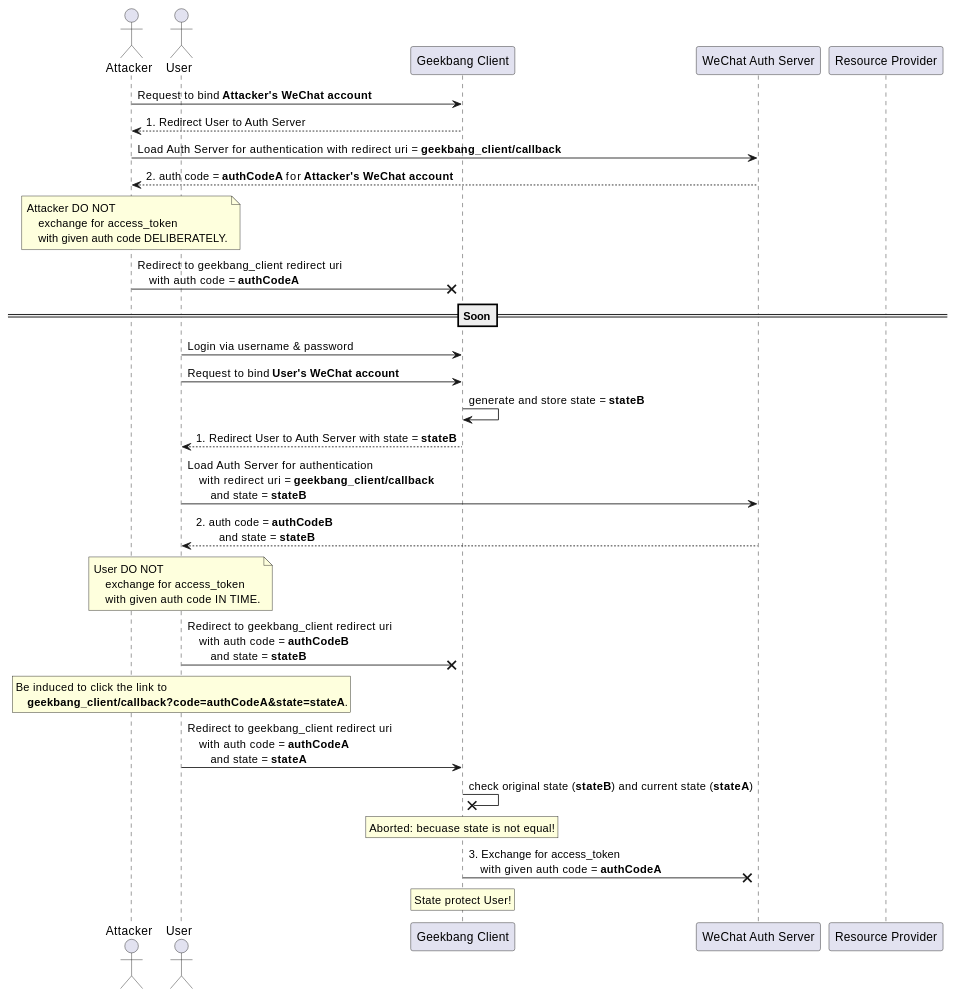
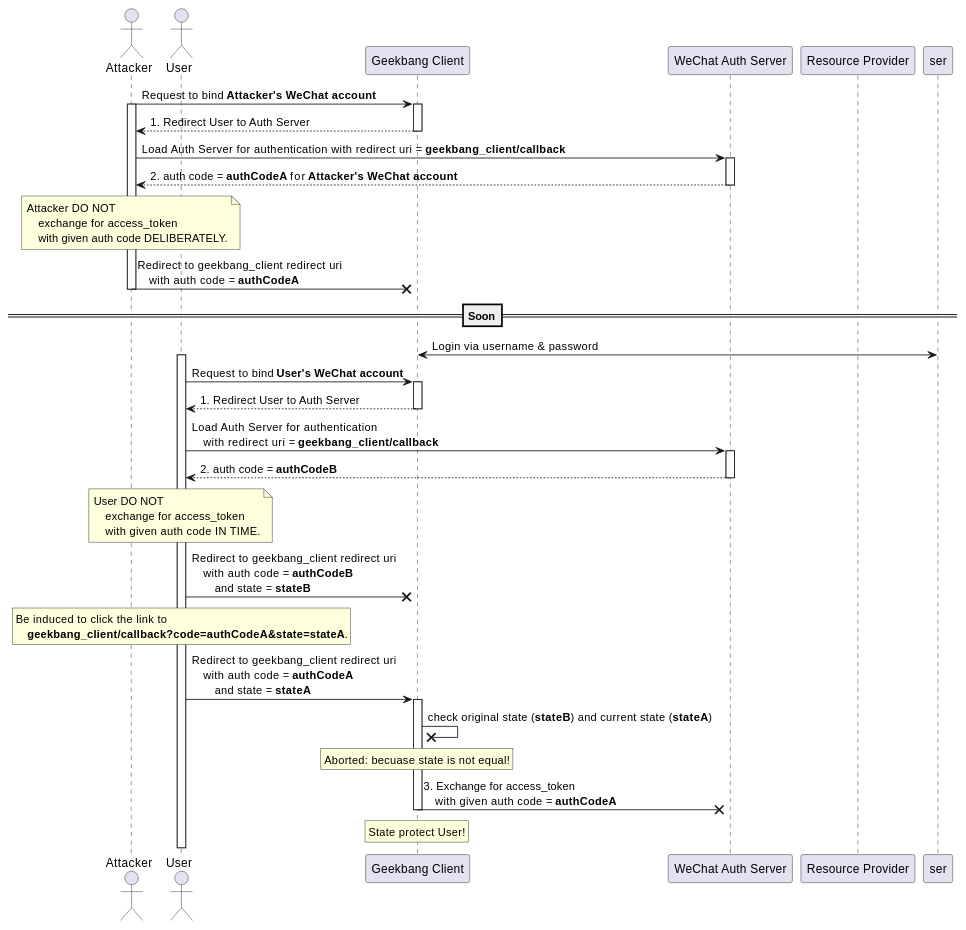
One commit to IceHe/lib changed the second of 2 diagrams in auth/csrf-attack-on-oauth.md. Above: the diagram before and after it, drawn with PlantUML. The commit also changed other lines of this file and 1 other file, not shown here.

````diff
--- a/auth/csrf-attack-on-oauth.md
+++ b/auth/csrf-attack-on-oauth.md
@@ -84,64 +110,75 @@
 ```plantuml
 @startuml
 actor attacker as "Attacker"
 actor user as "User"
 
 participant geekbang_client as "Geekbang Client"
 
 participant auth_serv as "WeChat Auth Server"
 participant protected_res as "Resource Provider"
 
 attacker -> geekbang_client: Request to bind **Attacker's WeChat account**
+activate attacker
+activate geekbang_client
 attacker <-- geekbang_client: 1. Redirect User to Auth Server
+deactivate geekbang_client
 
 attacker -> auth_serv: Load Auth Server for authentication with redirect uri = **geekbang_client/callback**
+activate auth_serv
 attacker <-- auth_serv: 2. auth code = **authCodeA** for **Attacker's WeChat account**
+deactivate auth_serv
 
 note over attacker
     Attacker DO NOT
         exchange for access_token
         with given auth code DELIBERATELY.
 endrnote
 
 attacker -x geekbang_client: Redirect to geekbang_client redirect uri \n    with auth code = **authCodeA**
+deactivate attacker
 
 ==Soon==
 
-user -> geekbang_client: Login via username & password
+ser <-> geekbang_client: Login via username & password
+activate user
+user -> geekbang_client: Request to bind **User's WeChat account**
+activate geekbang_client
+user <-- geekbang_client: 1. Redirect User to Auth Server
+deactivate geekbang_client
 
-user -> geekbang_client: Request to bind **User's WeChat account**
-geekbang_client -> geekbang_client: generate and store state = **stateB**
-user <-- geekbang_client: 1. Redirect User to Auth Server with state = **stateB**
-
-user -> auth_serv: Load Auth Server for authentication \n    with redirect uri = **geekbang_client/callback** \n        and state = **stateB**
-user <-- auth_serv: 2. auth code = **authCodeB** \n        and state = **stateB**
+user -> auth_serv: Load Auth Server for authentication \n    with redirect uri = **geekbang_client/callback**
+activate auth_serv
+user <-- auth_serv: 2. auth code = **authCodeB**
+deactivate auth_serv
 
 note over user
     User DO NOT
         exchange for access_token
         with given auth code IN TIME.
 endrnote
 
 user -x geekbang_client: Redirect to geekbang_client redirect uri \n    with auth code = **authCodeB** \n        and state = **stateB**
 
 rnote over user
     Be induced to click the link to
         **geekbang_client/callback?code=authCodeA&state=stateA**.
 endrnote
 
 user -> geekbang_client: Redirect to geekbang_client redirect uri \n    with auth code = **authCodeA** \n        and state = **stateA**
+activate geekbang_client
 
 geekbang_client -x geekbang_client: check original state (**stateB**) and current state (**stateA**)
 
 rnote over geekbang_client
     Aborted: becuase state is not equal!
 endrnote
 
 geekbang_client -x auth_serv: 3. Exchange for access_token \n    with given auth code = **authCodeA**
+deactivate geekbang_client
 
 rnote over geekbang_client
     State protect User!
 endrnote
 
 @enduml
 ```
````
